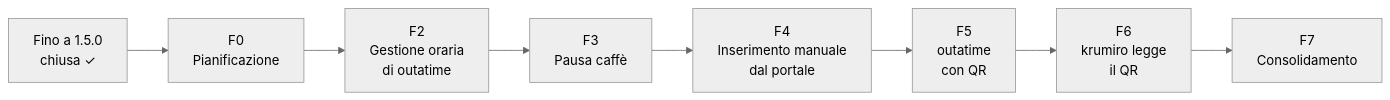
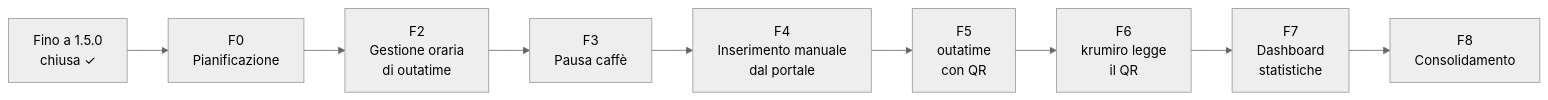
Before and after one commit to gcampa/krumiro2.0: the diagram in docs/implementation/roadmap.md, drawn with Mermaid (neutral theme). The commit also changed other lines of this file and 8 other files, not shown here.

First line of the commit message:
docs: dati solo dell'utente dal portale (D33), dashboard statistiche F7 (D34)

````diff
--- a/docs/implementation/roadmap.md
+++ b/docs/implementation/roadmap.md
@@ -7,5 +7,5 @@
 ```mermaid
 flowchart LR
     F00[Fino a 1.5.0<br/>chiusa ✓] --> F0[F0<br/>Pianificazione] --> F2[F2<br/>Gestione oraria<br/>di outatime]
-    F2 --> F3[F3<br/>Pausa caffè] --> F4[F4<br/>Inserimento manuale<br/>dal portale] --> F5[F5<br/>outatime<br/>con QR] --> F6[F6<br/>krumiro legge<br/>il QR] --> F7[F7<br/>Consolidamento]
+    F2 --> F3[F3<br/>Pausa caffè] --> F4[F4<br/>Inserimento manuale<br/>dal portale] --> F5[F5<br/>outatime<br/>con QR] --> F6[F6<br/>krumiro legge<br/>il QR] --> F7[F7<br/>Dashboard<br/>statistiche] --> F8[F8<br/>Consolidamento]
 ```
````
